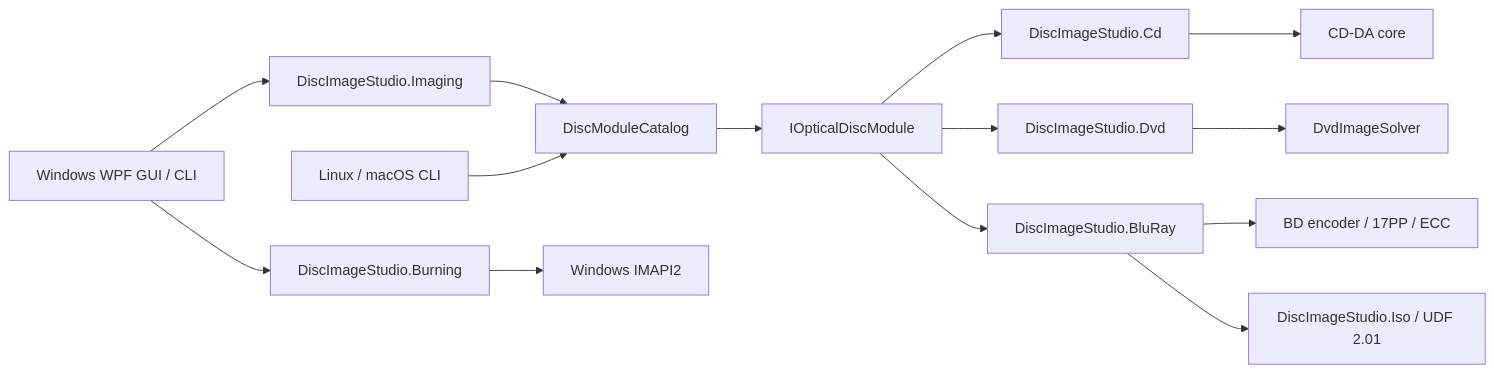
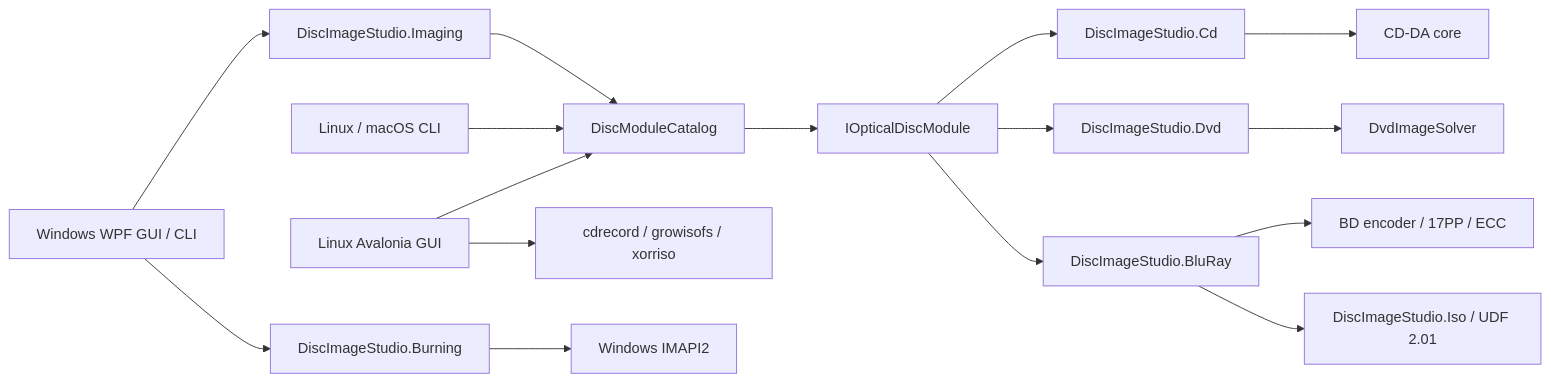
The diagram in docs/ARCHITECTURE.md (JiaFeiMiao-K-Cat/DiscImageStudio), drawn with Mermaid before and after one commit. The commit also changed other lines of this file and 87 other files, not shown here.

````diff
--- a/docs/ARCHITECTURE.md
+++ b/docs/ARCHITECTURE.md
@@ -7,16 +7,18 @@
 ```mermaid
 flowchart LR
     GUI[Windows WPF GUI / CLI] --> Imaging[DiscImageStudio.Imaging]
     Imaging --> Catalog[DiscModuleCatalog]
     CLI[Linux / macOS CLI] --> Catalog
+    LinuxGUI[Linux Avalonia GUI] --> Catalog
+    LinuxGUI --> Burners[cdrecord / growisofs / xorriso]
     GUI --> Burning[DiscImageStudio.Burning]
     Burning --> IMAPI[Windows IMAPI2]
     Catalog --> Contract[IOpticalDiscModule]
     Contract --> CD[DiscImageStudio.Cd]
     Contract --> DVD[DiscImageStudio.Dvd]
     Contract --> BD[DiscImageStudio.BluRay]
     DVD --> Engine[DvdImageSolver]
     CD --> CdEngine[CD-DA core]
     BD --> BdEngine[BD encoder / 17PP / ECC]
     BD --> Iso[DiscImageStudio.Iso / UDF 2.01]
 ```
````
